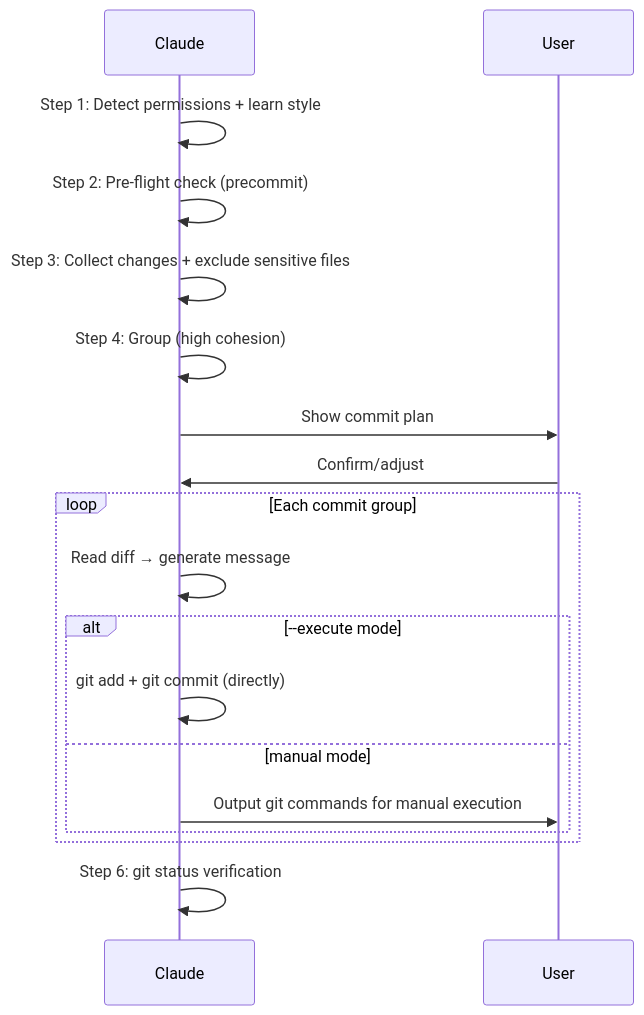
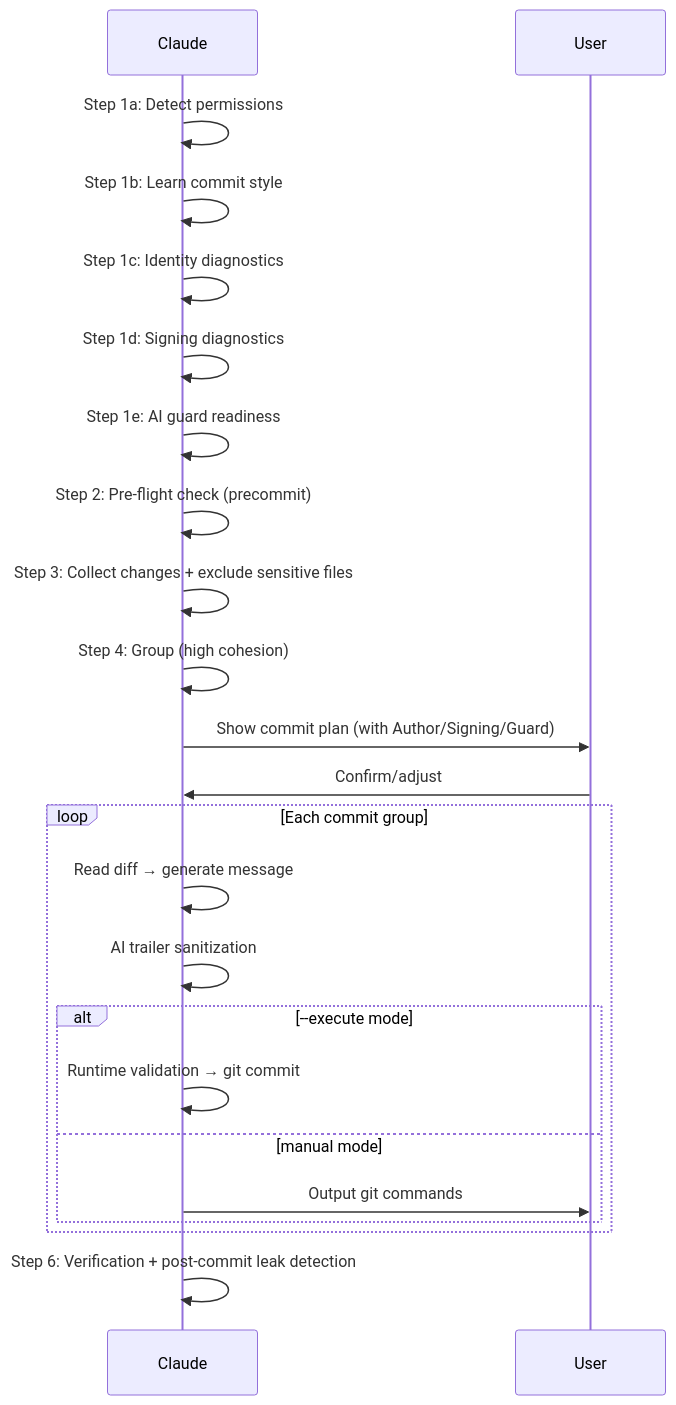
Before and after one commit to jupiter-Pulin/Uranus-dev-flow: the diagram in skills/smart-commit/SKILL.md, drawn with Mermaid. The commit also changed other lines of this file and 4 other files, not shown here.

Commit message:
feat: Adds smart-commit hardening with pre-flight diagnostics and runtime validation

````diff
--- a/skills/smart-commit/SKILL.md
+++ b/skills/smart-commit/SKILL.md
@@ -13,20 +13,25 @@
 ```mermaid
 sequenceDiagram
     participant C as Claude
     participant U as User
-    C->>C: Step 1: Detect permissions + learn style
+    C->>C: Step 1a: Detect permissions
+    C->>C: Step 1b: Learn commit style
+    C->>C: Step 1c: Identity diagnostics
+    C->>C: Step 1d: Signing diagnostics
+    C->>C: Step 1e: AI guard readiness
     C->>C: Step 2: Pre-flight check (precommit)
     C->>C: Step 3: Collect changes + exclude sensitive files
     C->>C: Step 4: Group (high cohesion)
-    C->>U: Show commit plan
+    C->>U: Show commit plan (with Author/Signing/Guard)
     U->>C: Confirm/adjust
     loop Each commit group
         C->>C: Read diff → generate message
+        C->>C: AI trailer sanitization
         alt --execute mode
-            C->>C: git add + git commit (directly)
+            C->>C: Runtime validation → git commit
         else manual mode
-            C->>U: Output git commands for manual execution
+            C->>U: Output git commands
         end
     end
-    C->>C: Step 6: git status verification
+    C->>C: Step 6: Verification + post-commit leak detection
 ```
````
